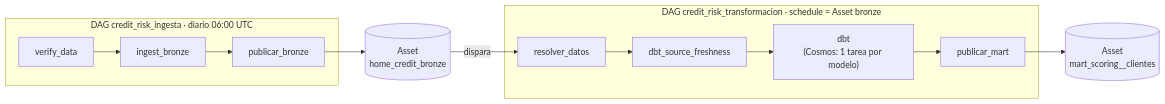
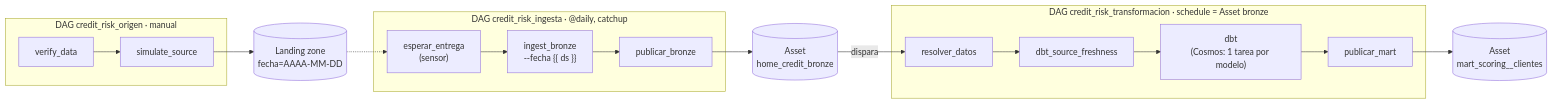
Before and after one commit to att-22/credit-risk-data-platform: the third of 3 diagrams in README.md, drawn with Mermaid. The commit also changed other lines of this file and 19 other files, not shown here.

Commit message:
feat: ingesta diaria por fecha lógica con sensor, catchup y corte de lectura en la transformación (#18)

````diff
--- a/README.md
+++ b/README.md
@@ -128,14 +130,19 @@
 ```mermaid
 flowchart LR
-    subgraph ing["DAG credit_risk_ingesta · diario 06:00 UTC"]
-        v[verify_data] --> i[ingest_bronze] --> pb[publicar_bronze]
+    subgraph org["DAG credit_risk_origen · manual"]
+        v[verify_data] --> s[simulate_source]
     end
+    landing[("Landing zone<br/>fecha=AAAA-MM-DD")]
+    subgraph ing["DAG credit_risk_ingesta · @daily, catchup"]
+        e["esperar_entrega<br/>(sensor)"] --> i["ingest_bronze<br/>--fecha {{ ds }}"] --> pb[publicar_bronze]
+    end
+    s --> landing -.-> e
     bronze[("Asset<br/>home_credit_bronze")]
     subgraph tr["DAG credit_risk_transformacion · schedule = Asset bronze"]
         r[resolver_datos] --> f[dbt_source_freshness] --> d["dbt<br/>(Cosmos: 1 tarea por modelo)"] --> pm[publicar_mart]
     end
     mart[("Asset<br/>mart_scoring__clientes")]
 
     pb --> bronze -- dispara --> r
     pm --> mart
 ```
````
